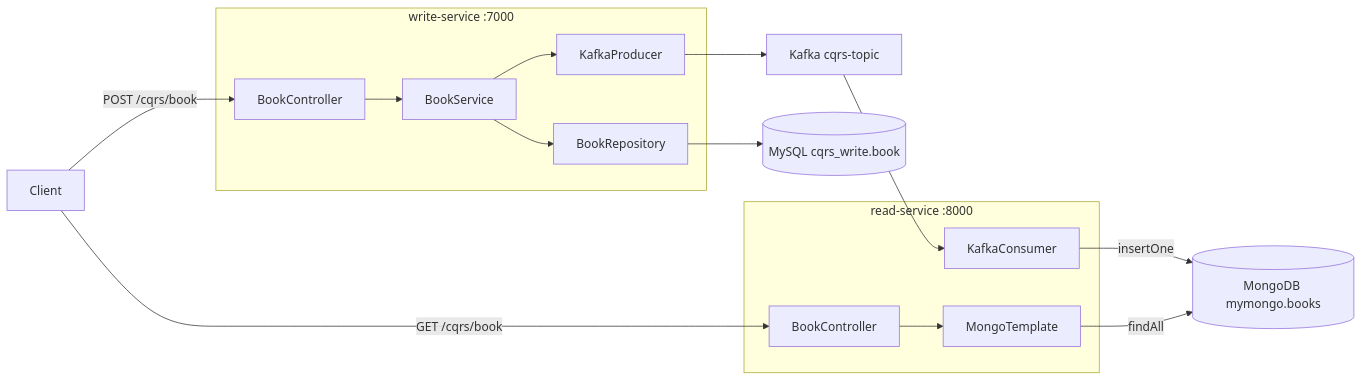
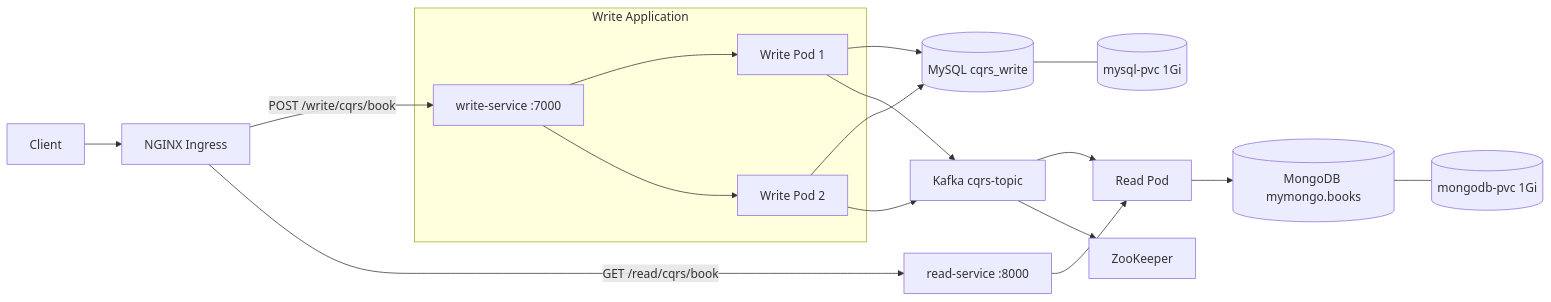
One commit to jiwon28/mini_project changed the diagram in README.md. Above: the diagram before and after it, drawn with Mermaid. The commit also changed other lines of this file, not shown here.

````diff
--- a/README.md
+++ b/README.md
@@ -7,20 +23,25 @@
 ```mermaid
 flowchart LR
-    Client[Client]
-    subgraph Write[write-service :7000]
-        WC[BookController] --> WS[BookService]
-        WS --> WR[BookRepository]
-        WS --> KP[KafkaProducer]
+    Client[Client] --> Ingress[NGINX Ingress]
+
+    Ingress -->|POST /write/cqrs/book| WSVC[write-service :7000]
+    Ingress -->|GET /read/cqrs/book| RSVC[read-service :8000]
+
+    subgraph Write Application
+        WSVC --> W1[Write Pod 1]
+        WSVC --> W2[Write Pod 2]
     end
-    WR --> SQL[(MySQL cqrs_write.book)]
-    KP --> K[Kafka cqrs-topic]
-    subgraph Read[read-service :8000]
-        KC[KafkaConsumer]
-        RC[BookController] --> MT[MongoTemplate]
-    end
-    K --> KC
-    KC -->|insertOne| M[(MongoDB mymongo.books)]
-    MT -->|findAll| M
-    Client -->|POST /cqrs/book| WC
-    Client -->|GET /cqrs/book| RC
+
+    W1 --> MySQL[(MySQL cqrs_write)]
+    W2 --> MySQL
+    W1 --> Kafka[Kafka cqrs-topic]
+    W2 --> Kafka
+
+    Kafka --> R1[Read Pod]
+    R1 --> MongoDB[(MongoDB mymongo.books)]
+    RSVC --> R1
+
+    MySQL --- MySQLPVC[(mysql-pvc 1Gi)]
+    MongoDB --- MongoPVC[(mongodb-pvc 1Gi)]
+    Kafka --> ZooKeeper[ZooKeeper]
 ```
````
